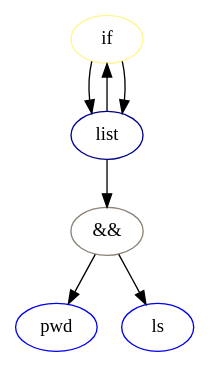
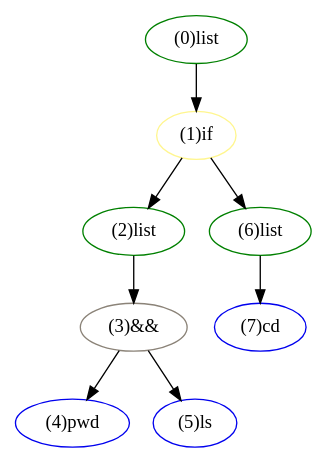
The diagram in src/lexer/output.gv (Jonathan2021/Shell), drawn with Graphviz before and after one commit. The commit also changed 3 other files, not shown here.

```diff
--- a/src/lexer/output.gv
+++ b/src/lexer/output.gv
@@ -1,20 +1,23 @@
 digraph G {
-"if"[color=khaki1]
-"list"[color=blue4]
-"list" -> "if"
-"list"[color=blue4]
-"if"[color=khaki1]
-"if" -> "list"
-"&&"[color=antiquewhite4]
-"list"[color=blue4]
-"list" -> "&&"
-"pwd"[color=blue2]
-"&&"[color=antiquewhite4]
-"&&" -> "pwd"
-"ls"[color=blue2]
-"&&"[color=antiquewhite4]
-"&&" -> "ls"
-"list"[color=blue4]
-"if"[color=khaki1]
-"if" -> "list"
+"(1)if"[color=khaki1]
+"(0)list"[color=green]
+"(0)list" -> "(1)if"
+"(2)list"[color=green]
+"(1)if"[color=khaki1]
+"(1)if" -> "(2)list"
+"(3)&&"[color=antiquewhite4]
+"(2)list"[color=green]
+"(2)list" -> "(3)&&"
+"(4)pwd"[color=blue2]
+"(3)&&"[color=antiquewhite4]
+"(3)&&" -> "(4)pwd"
+"(5)ls"[color=blue2]
+"(3)&&"[color=antiquewhite4]
+"(3)&&" -> "(5)ls"
+"(6)list"[color=green]
+"(1)if"[color=khaki1]
+"(1)if" -> "(6)list"
+"(7)cd"[color=blue2]
+"(6)list"[color=green]
+"(6)list" -> "(7)cd"
 }
```
